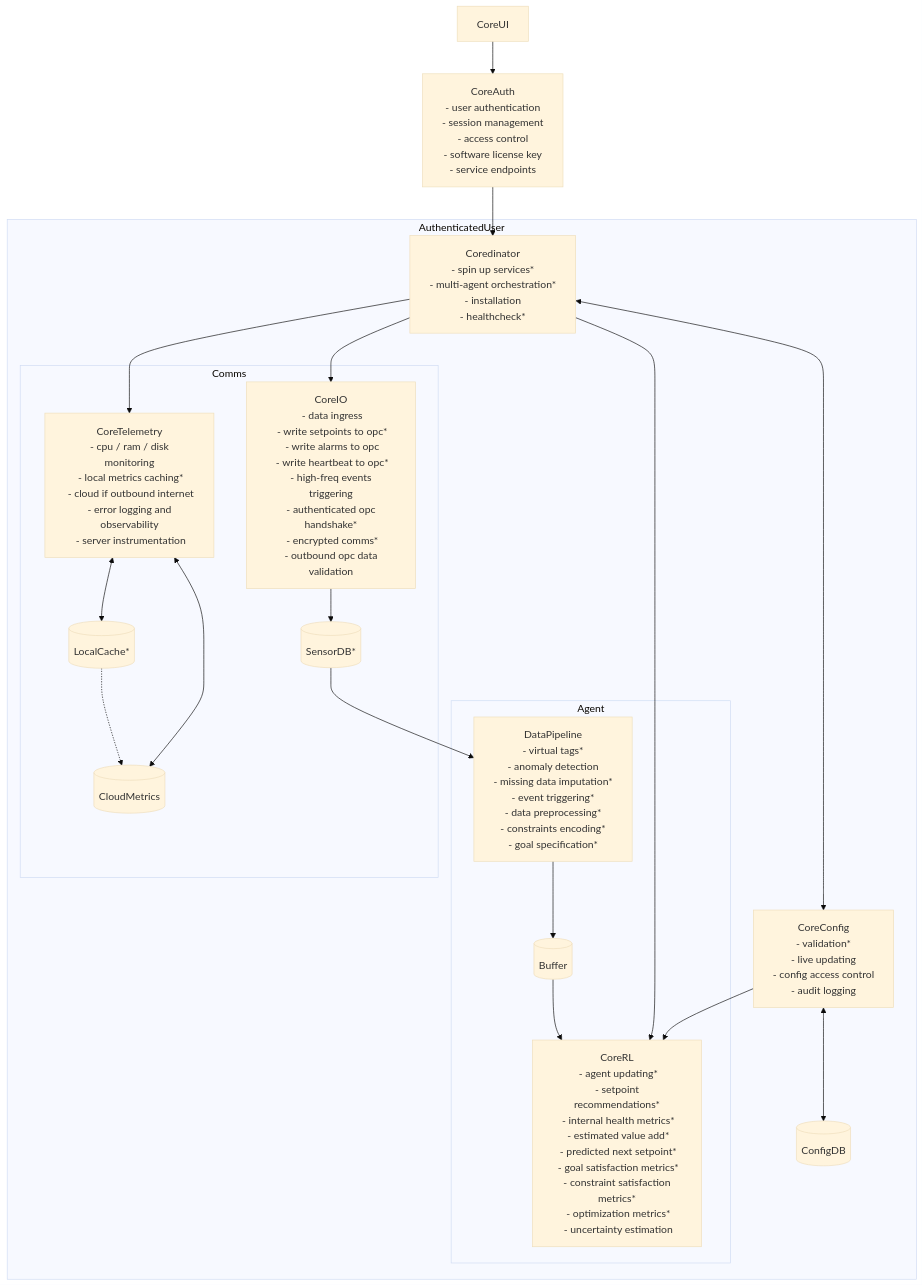
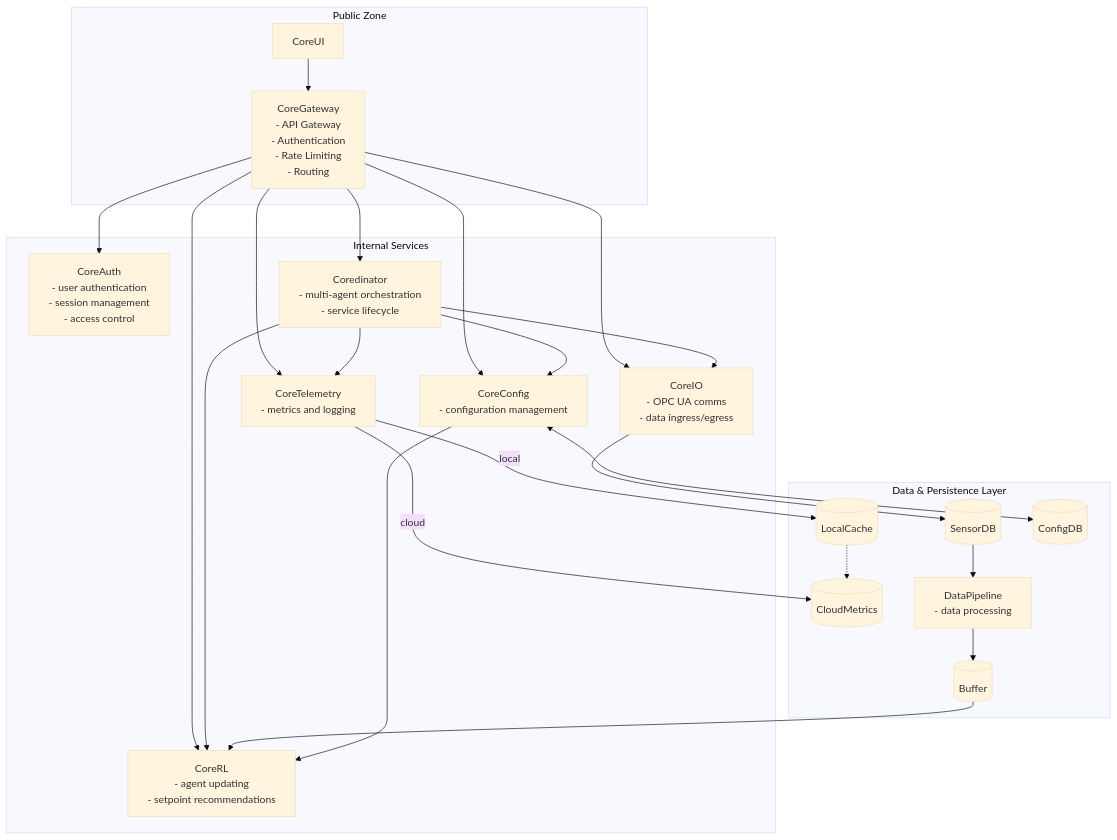
The diagram in docs/tech_spec.md (danilo-bangitjr-rlcore/cpp-ci-dev), drawn with Mermaid (base theme) before and after one commit. The commit also changed other lines of this file and 8 other files, not shown here.

````diff
--- a/docs/tech_spec.md
+++ b/docs/tech_spec.md
@@ -41,42 +41,50 @@
 ```mermaid
 flowchart TD
+  subgraph "Public Zone"
     CoreUI[CoreUI]
-    CoreAuth["CoreAuth<br/> - user authentication<br/> - session management<br/> - access control<br/> - software license key<br/> - service endpoints"]
-    Coredinator["Coredinator<br/> - spin up services*<br/> - multi-agent orchestration*<br/> - installation<br/> - healthcheck*"]
-    CoreIO["CoreIO<br/> - data ingress<br/> - write setpoints to opc*<br/> - write alarms to opc<br/> - write heartbeat to opc*<br/> - high-freq events triggering<br/> - authenticated opc handshake*<br/> - encrypted comms*<br/> - outbound opc data validation"]
-    CoreRL["CoreRL<br/> - agent updating*<br/> - setpoint recommendations*<br/> - internal health metrics*<br/> - estimated value add*<br/> - predicted next setpoint*<br/> - goal satisfaction metrics*<br/> - constraint satisfaction metrics*<br/> - optimization metrics*<br/> - uncertainty estimation"]
-    SensorDB[(SensorDB*)]
-    DataPipeline["DataPipeline<br/> - virtual tags*<br/> - anomaly detection<br/> - missing data imputation*<br/> - event triggering*<br/> - data preprocessing*<br/> - constraints encoding*<br/> - goal specification*"]
+    CoreGateway["CoreGateway<br/>- API Gateway<br/>- Authentication<br/>- Rate Limiting<br/>- Routing"]
+  end
+
+  subgraph "Internal Services"
+    CoreAuth["CoreAuth<br/> - user authentication<br/> - session management<br/> - access control"]
+    Coredinator["Coredinator<br/> - multi-agent orchestration<br/> - service lifecycle"]
+    CoreIO["CoreIO<br/> - OPC UA comms<br/> - data ingress/egress"]
+    CoreRL["CoreRL<br/> - agent updating<br/> - setpoint recommendations"]
+    CoreConfig["CoreConfig<br/> - configuration management"]
+    CoreTelemetry["CoreTelemetry<br/> - metrics and logging"]
+  end
+
+  subgraph "Data & Persistence Layer"
+    SensorDB[(SensorDB)]
     Buffer[(Buffer)]
-    CoreTelemetry["CoreTelemetry<br/> - cpu / ram / disk monitoring<br/> - local metrics caching*<br/> - cloud if outbound internet<br/> - error logging and observability<br/> - server instrumentation"]
-    LocalCache[(LocalCache*)]
+    LocalCache[(LocalCache)]
     CloudMetrics[(CloudMetrics)]
-    CoreConfig["CoreConfig<br/> - validation*<br/> - live updating<br/> - config access control<br/> - audit logging"]
     ConfigDB[(ConfigDB)]
+    DataPipeline["DataPipeline<br/> - data processing"]
+  end
 
-    CoreUI --> CoreAuth
-    CoreAuth --> Coredinator
+  %% Connections
+  CoreUI --> CoreGateway
 
-    subgraph AuthenticatedUser
-        Coredinator --> CoreTelemetry
-        Coredinator --> CoreIO
-        Coredinator --> CoreRL
-        Coredinator <--> CoreConfig
+  CoreGateway --> CoreAuth
+  CoreGateway --> Coredinator
+  CoreGateway --> CoreIO
+  CoreGateway --> CoreRL
+  CoreGateway --> CoreConfig
+  CoreGateway --> CoreTelemetry
 
-        subgraph Comms
-            CoreTelemetry <--> LocalCache
-            CoreTelemetry <--> CloudMetrics
-            LocalCache -.-> CloudMetrics
-            CoreIO --> SensorDB
-        end
+  Coredinator --> CoreIO
+  Coredinator --> CoreRL
+  Coredinator --> CoreConfig
+  Coredinator --> CoreTelemetry
 
-        SensorDB --> DataPipeline
-        CoreConfig <--> ConfigDB
-        CoreConfig --> CoreRL
-
-        subgraph Agent
-            DataPipeline --> Buffer
-            Buffer --> CoreRL
-        end
-    end
+  CoreIO --> SensorDB
+  SensorDB --> DataPipeline
+  DataPipeline --> Buffer
+  Buffer --> CoreRL
+  CoreConfig <--> ConfigDB
+  CoreConfig --> CoreRL
+  CoreTelemetry -- "local" --> LocalCache
+  LocalCache -.-> CloudMetrics
+  CoreTelemetry -- "cloud" --> CloudMetrics
 ```
````
